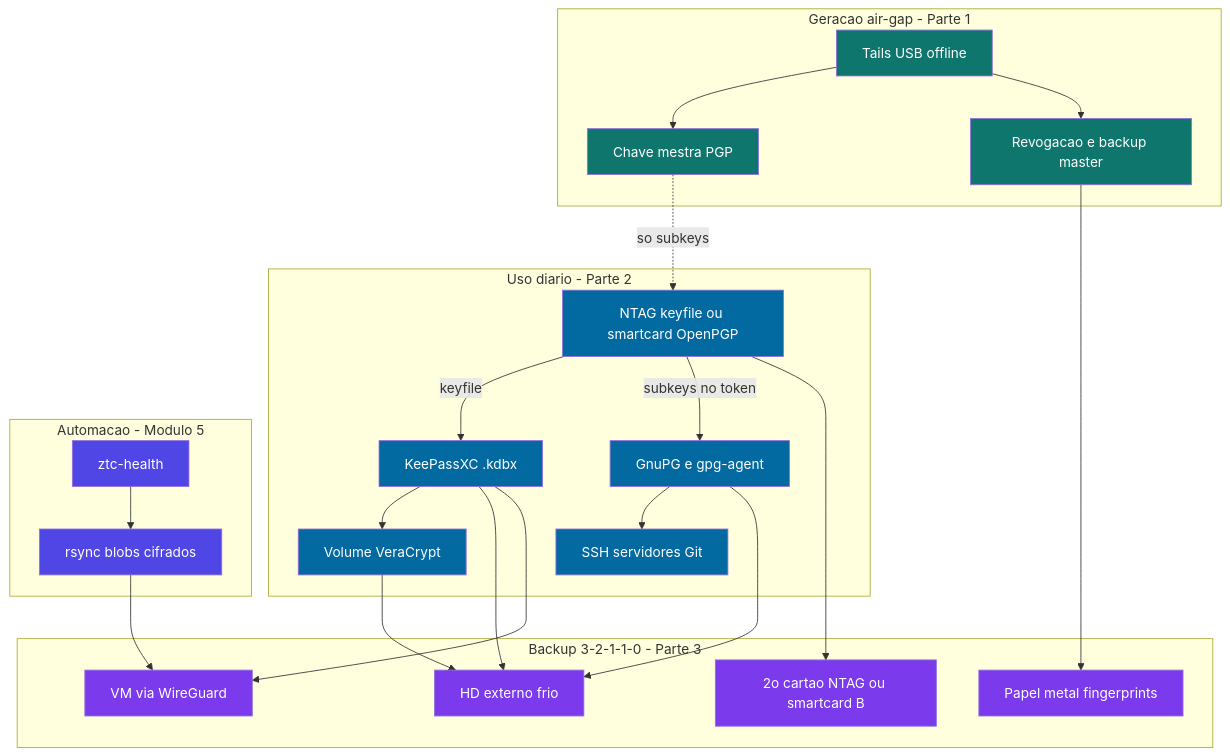
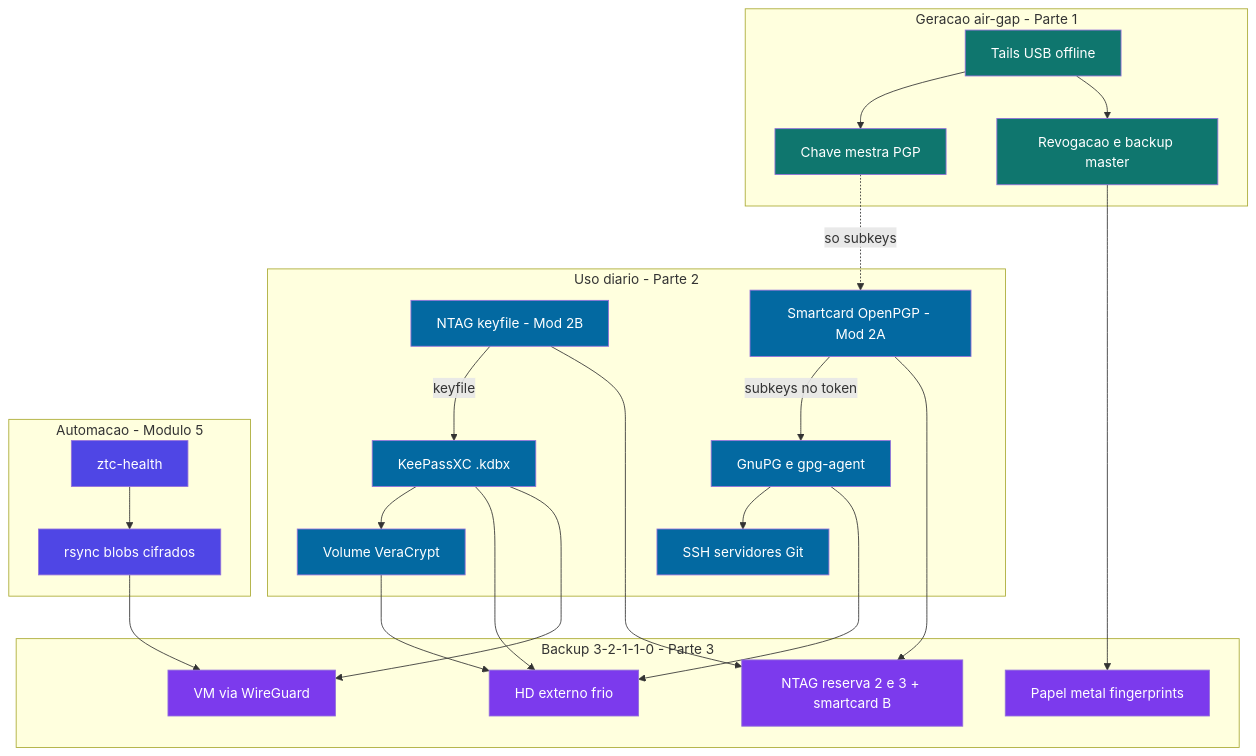
The third of 6 diagrams in docs/DIAGRAMAS-VISUAIS.md (VIPs-com/Zero-Trust-Core), drawn with Mermaid before and after one commit. The commit also changed 4 other files, not shown here.

````diff
--- a/docs/DIAGRAMAS-VISUAIS.md
+++ b/docs/DIAGRAMAS-VISUAIS.md
@@ -118,53 +118,55 @@
 ```mermaid
 flowchart TB
     subgraph uso_diario["Uso diario - Parte 2"]
-        NFC["NTAG keyfile ou smartcard OpenPGP"]
+        NTAG["NTAG keyfile - Mod 2B"]
+        SCARD["Smartcard OpenPGP - Mod 2A"]
         KC["KeePassXC .kdbx"]
         VC["Volume VeraCrypt"]
         GPG["GnuPG e gpg-agent"]
         SSH["SSH servidores Git"]
-        NFC -->|keyfile| KC
+        NTAG -->|keyfile| KC
         KC --> VC
-        NFC -->|subkeys no token| GPG
+        SCARD -->|subkeys no token| GPG
         GPG --> SSH
     end
 
     subgraph airgap_gen["Geracao air-gap - Parte 1"]
         TAILS["Tails USB offline"]
         MASTER["Chave mestra PGP"]
         REV["Revogacao e backup master"]
         TAILS --> MASTER
         TAILS --> REV
-        MASTER -.->|so subkeys| NFC
+        MASTER -.->|so subkeys| SCARD
     end
 
     subgraph backup["Backup 3-2-1-1-0 - Parte 3"]
         LOCAL["HD externo frio"]
         OFFSITE["VM via WireGuard"]
-        PHYS["2o cartao NTAG ou smartcard B"]
+        PHYS["NTAG reserva 2 e 3 + smartcard B"]
         IMMUT["Papel metal fingerprints"]
         KC --> LOCAL
         VC --> LOCAL
         KC --> OFFSITE
         GPG --> LOCAL
         REV --> IMMUT
-        NFC --> PHYS
+        NTAG --> PHYS
+        SCARD --> PHYS
     end
 
     subgraph automacao["Automacao - Modulo 5"]
         HC["ztc-health"]
         RSYNC["rsync blobs cifrados"]
         HC --> RSYNC
         RSYNC --> OFFSITE
     end
 
     classDef airgap fill:#0f766e,color:#fff
     classDef camada fill:#0369a1,color:#fff
     classDef resiliencia fill:#7c3aed,color:#fff
     classDef automacao fill:#4f46e5,color:#fff
 
     class TAILS,MASTER,REV airgap
-    class NFC,KC,VC,GPG,SSH camada
+    class NTAG,SCARD,KC,VC,GPG,SSH camada
     class LOCAL,OFFSITE,PHYS,IMMUT resiliencia
     class HC,RSYNC automacao
 ```
````
